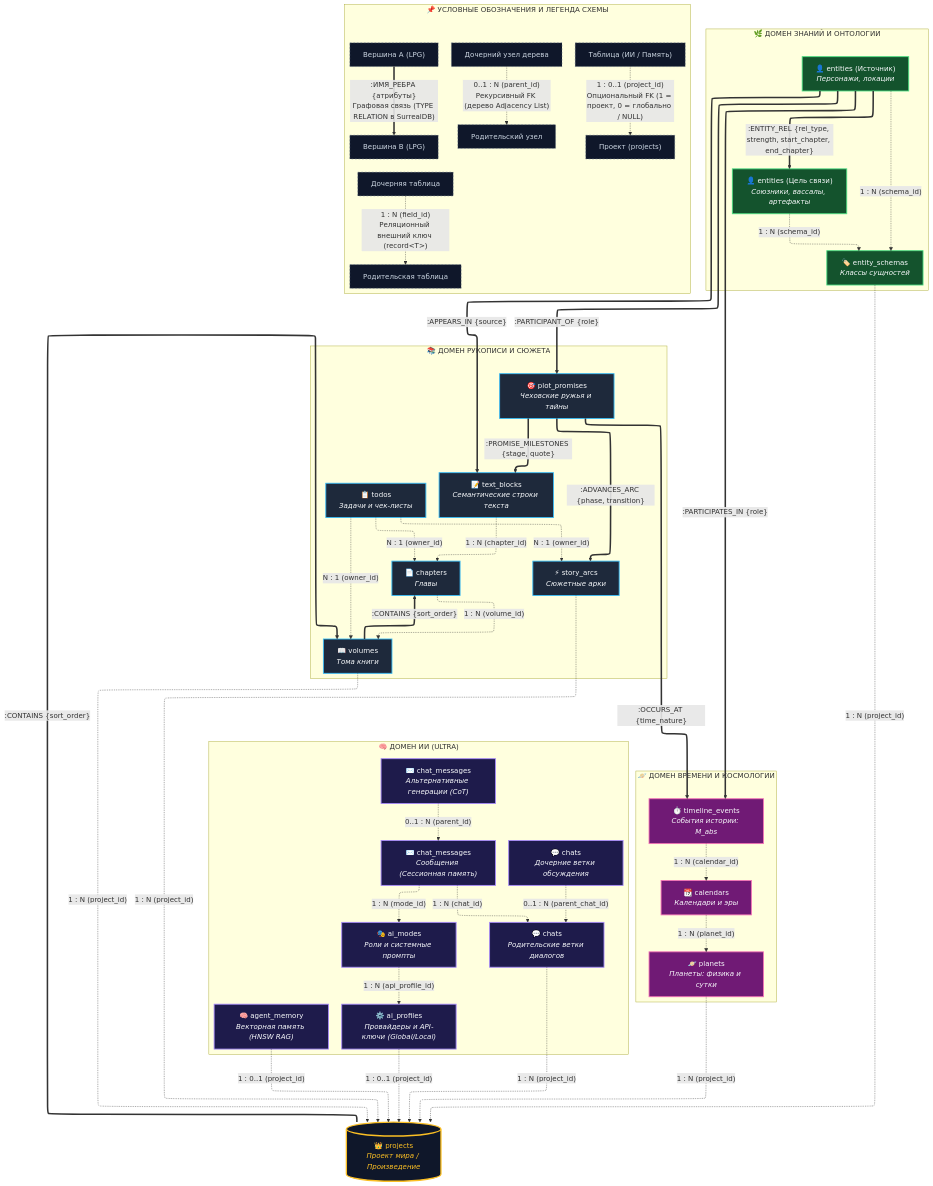
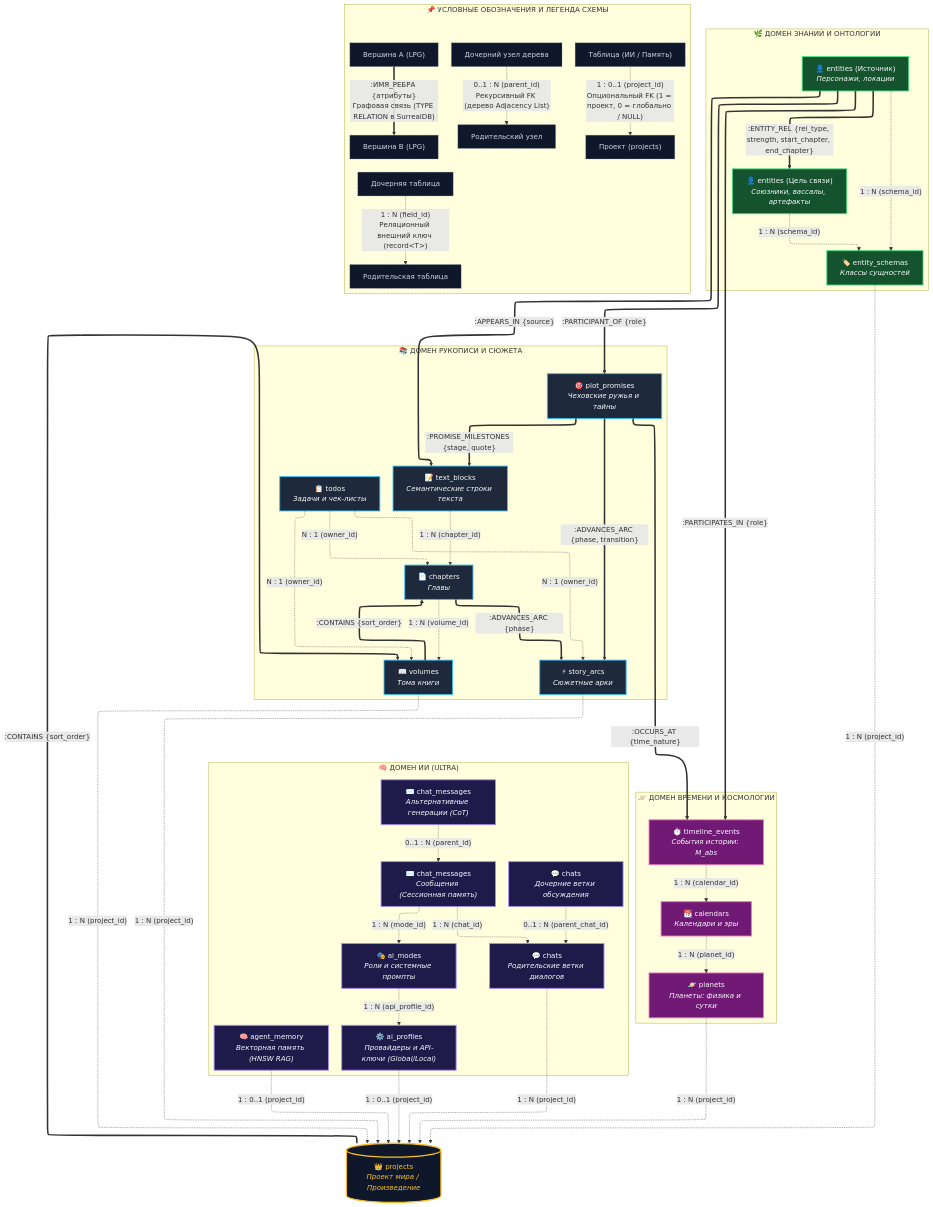
Before and after one commit to nagisokyn-prog/WorldWiki: the diagram in docs/coursework/02_Исследовательская_часть/2.8_концептуальная_схема.md, drawn with Mermaid. The commit also changed other lines of this file and 97 other files, not shown here.

Commit message:
feat: add SurrealDB analytics schema functions and Tauri command bridge macros

```diff
--- a/docs/coursework/02_Исследовательская_часть/2.8_концептуальная_схема.md
+++ b/docs/coursework/02_Исследовательская_часть/2.8_концептуальная_схема.md
@@ -123,8 +123,9 @@
     %% ЦЕНТРАЛЬНЫЙ НАРРАТИВНЫЙ ХАБ (plot_promises):
     %% 1. Участники сцены/обещания (герои, фракции, артефакты, локации)
     Entities ==>|":PARTICIPANT_OF {role}"| PlotPromises
-    %% 2. Нарративный узел двигает сюжетные арки
+    %% 2. Нарративный узел и главы двигают сюжетные арки (M:N динамика)
     PlotPromises ==>|":ADVANCES_ARC {phase, transition}"| StoryArcs
+    Chapters ==>|":ADVANCES_ARC {phase}"| StoryArcs
     %% 3. Нарративный узел привязан к шкале времени мира
     PlotPromises ==>|":OCCURS_AT {time_nature}"| TimelineEvents
     %% 4. Физический якорь нарративного узла в строках текста рукописи (жизненный цикл)
```
